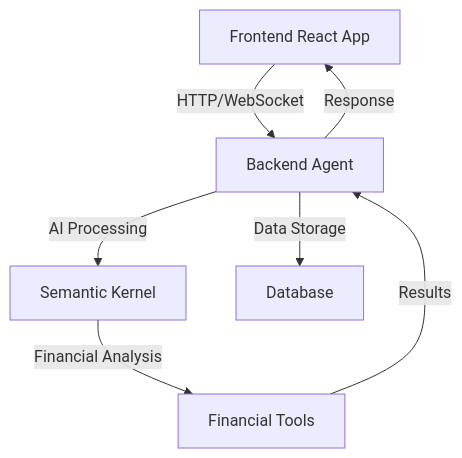
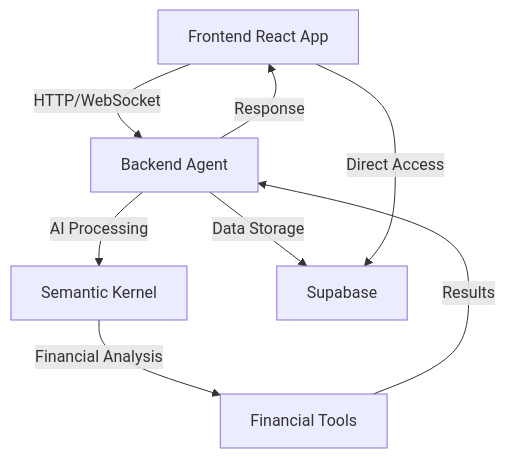
The first of 4 diagrams in README.md (jesteban19/Project-Agent-Hackaton-Microsoft), drawn with Mermaid before and after one commit. The commit also changed other lines of this file, not shown here.

Commit message:
Update README to reflect integration of Supabase for data storage, including changes to data flow diagrams and sequence diagrams for improved clarity on data interactions.

````diff
--- a/README.md
+++ b/README.md
@@ -42,9 +42,10 @@
 ```mermaid
 graph TD
     A[Frontend React App] -->|HTTP/WebSocket| B[Backend Agent]
     B -->|AI Processing| C[Semantic Kernel]
-    B -->|Data Storage| D[Database]
+    B -->|Data Storage| D[Supabase]
     C -->|Financial Analysis| E[Financial Tools]
     E -->|Results| B
     B -->|Response| A
+    A -->|Direct Access| D[Supabase]
 ```
````
